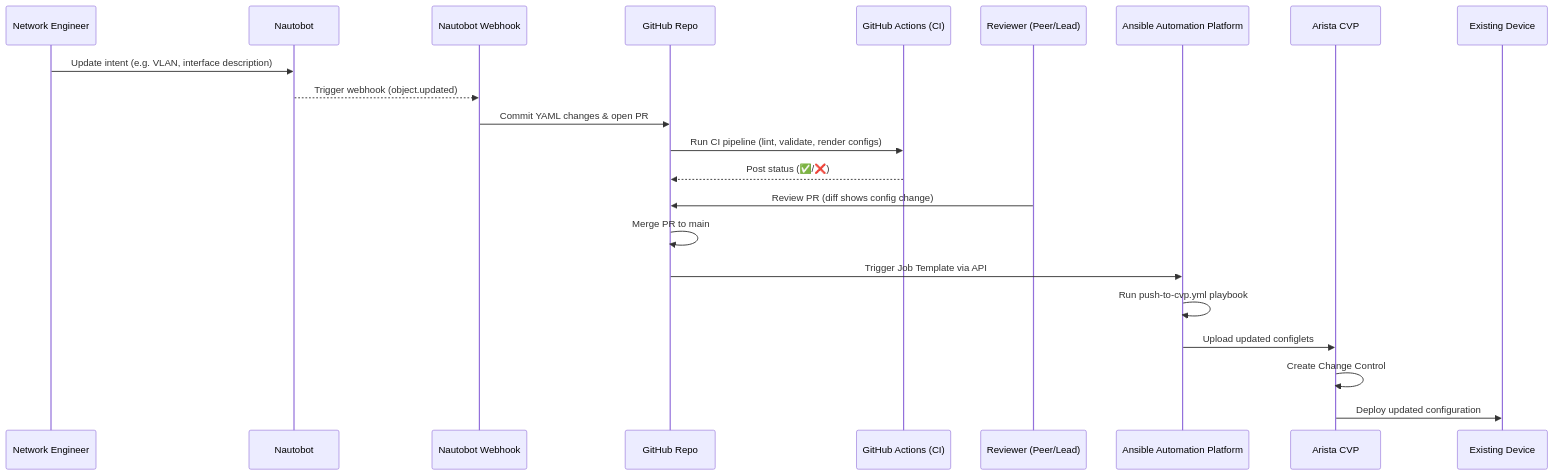
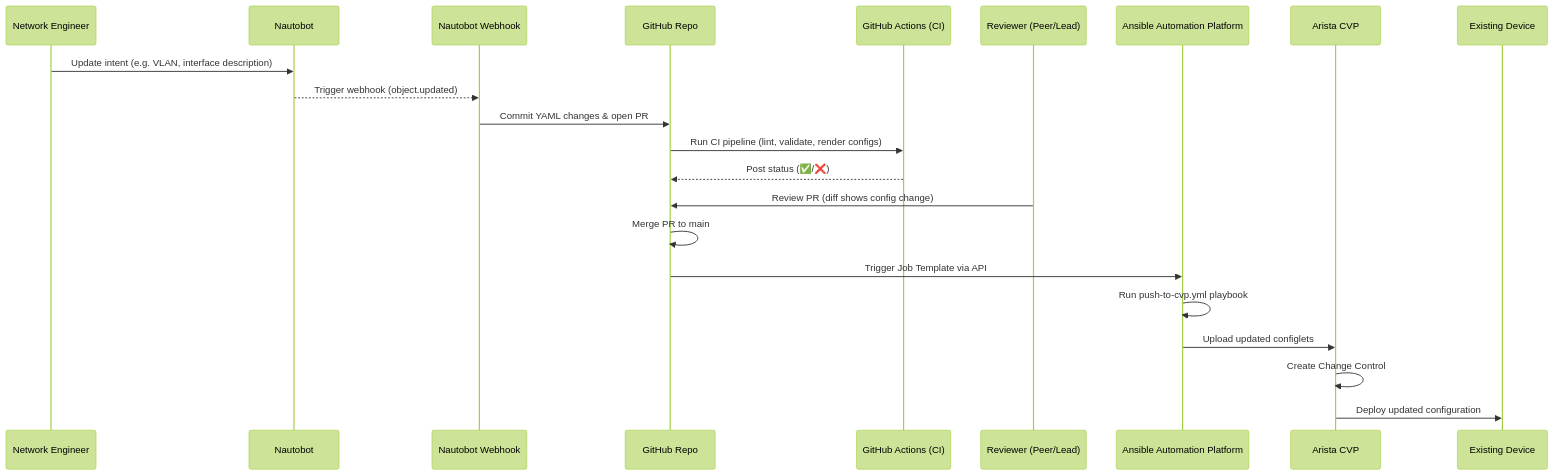
One commit to nirav18/nb-home-lab changed the first of 3 diagrams in usecase.md. Above: the diagram before and after it, drawn with Mermaid. The commit also changed other lines of this file, not shown here.

````diff
--- a/usecase.md
+++ b/usecase.md
@@ -1,26 +2,27 @@
 ```mermaid
+%%{init: {'theme':'forest', 'securityLevel': 'strict' }}%%
 sequenceDiagram
     participant Eng as Network Engineer
     participant NB as Nautobot
     participant WH as Nautobot Webhook
     participant GH as GitHub Repo
     participant CI as GitHub Actions (CI)
     participant Reviewer as Reviewer (Peer/Lead)
     participant AAP as Ansible Automation Platform
     participant CVP as Arista CVP
     participant Dev as Existing Device
 
     Eng->>NB: Update intent (e.g. VLAN, interface description)
     NB-->>WH: Trigger webhook (object.updated)
     WH->>GH: Commit YAML changes & open PR
     GH->>CI: Run CI pipeline (lint, validate, render configs)
     CI-->>GH: Post status (✅/❌)
 
     Reviewer->>GH: Review PR (diff shows config change)
     GH->>GH: Merge PR to main
     GH->>AAP: Trigger Job Template via API
     AAP->>AAP: Run push-to-cvp.yml playbook
     AAP->>CVP: Upload updated configlets
     CVP->>CVP: Create Change Control
     CVP->>Dev: Deploy updated configuration
 ```
````
